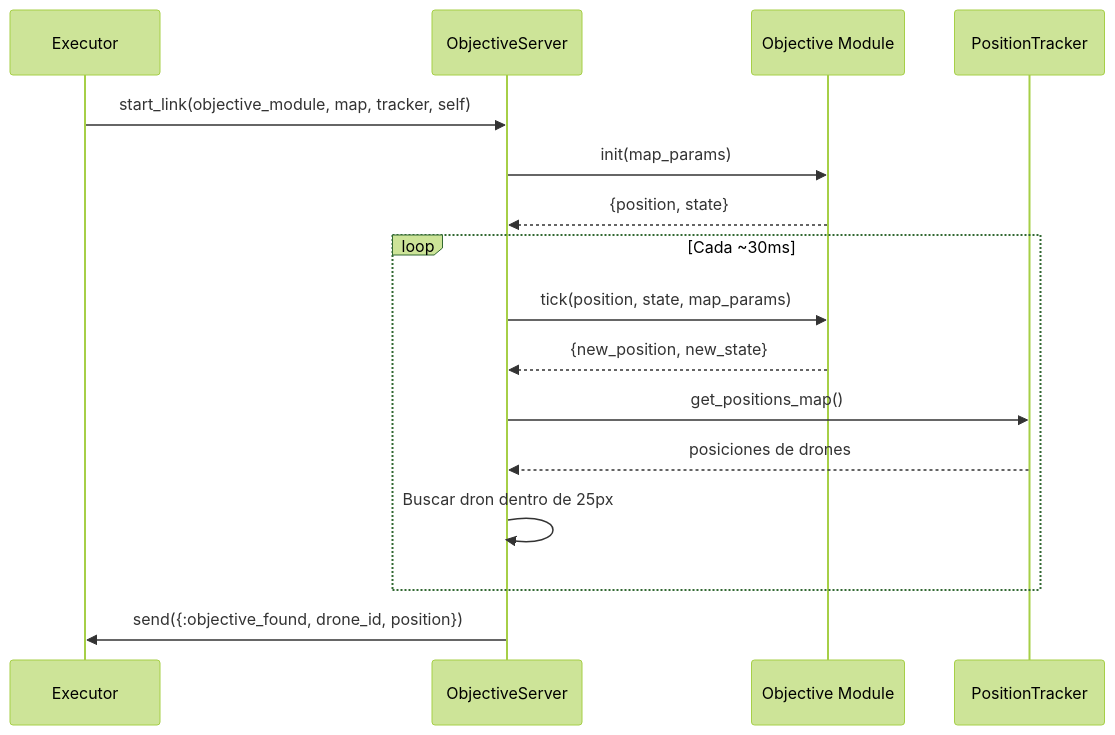
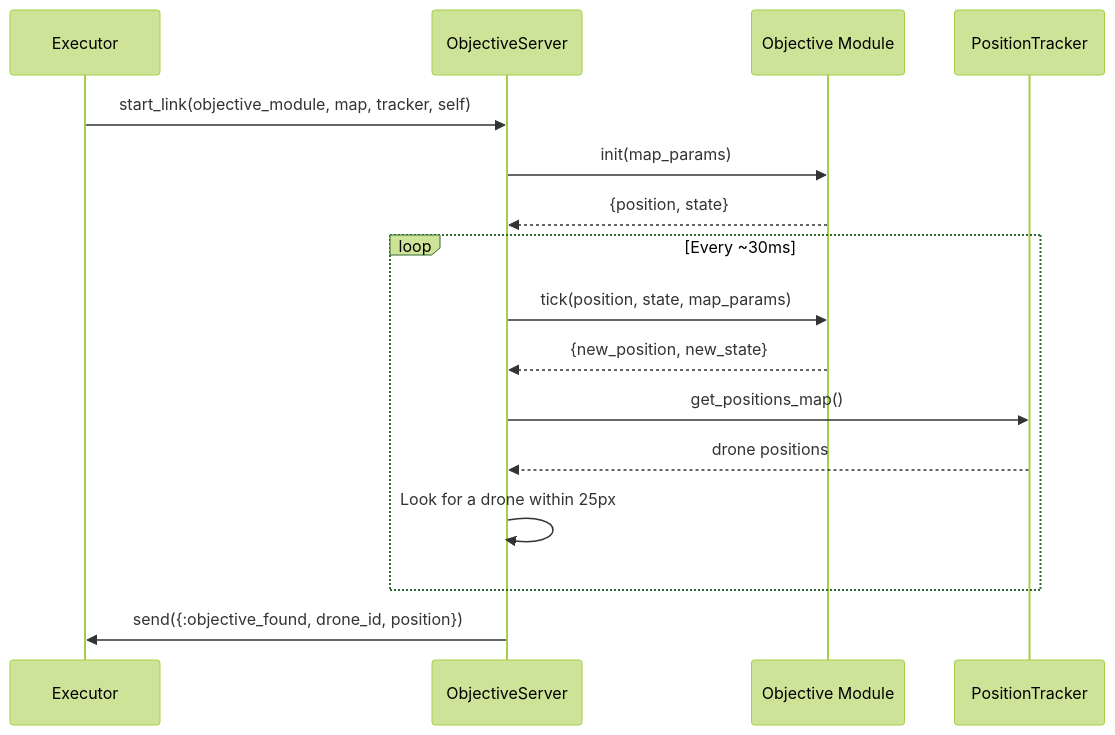
One commit to FLAGlab/Elixir-Swarm-Simulator changed the second of 2 diagrams in docs/objectives/OBJECTIVES.md. Above: the diagram before and after it, drawn with Mermaid (forest theme). The commit also changed other lines of this file and 40 other files, not shown here.

````diff
--- a/docs/objectives/OBJECTIVES.md
+++ b/docs/objectives/OBJECTIVES.md
@@ -53,21 +53,21 @@
 ```mermaid
 sequenceDiagram
     participant Ex as Executor
     participant OS as ObjectiveServer
     participant Obj as Objective Module
     participant PT as PositionTracker
 
     Ex->>OS: start_link(objective_module, map, tracker, self)
     OS->>Obj: init(map_params)
     Obj-->>OS: {position, state}
 
-    loop Cada ~30ms
+    loop Every ~30ms
         OS->>Obj: tick(position, state, map_params)
         Obj-->>OS: {new_position, new_state}
         OS->>PT: get_positions_map()
-        PT-->>OS: posiciones de drones
-        OS->>OS: Buscar dron dentro de 25px
+        PT-->>OS: drone positions
+        OS->>OS: Look for a drone within 25px
     end
 
     OS->>Ex: send({:objective_found, drone_id, position})
 ```
````
